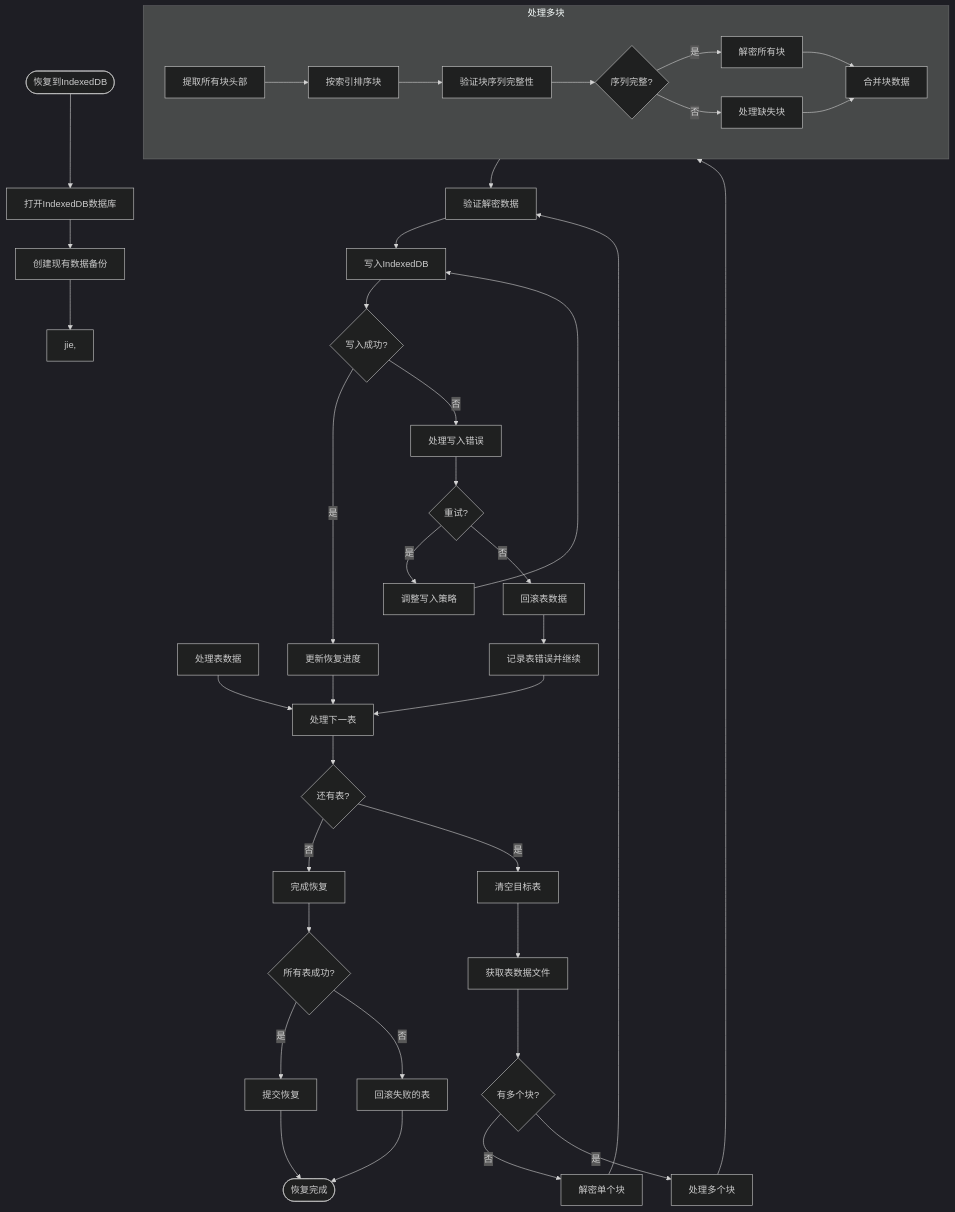
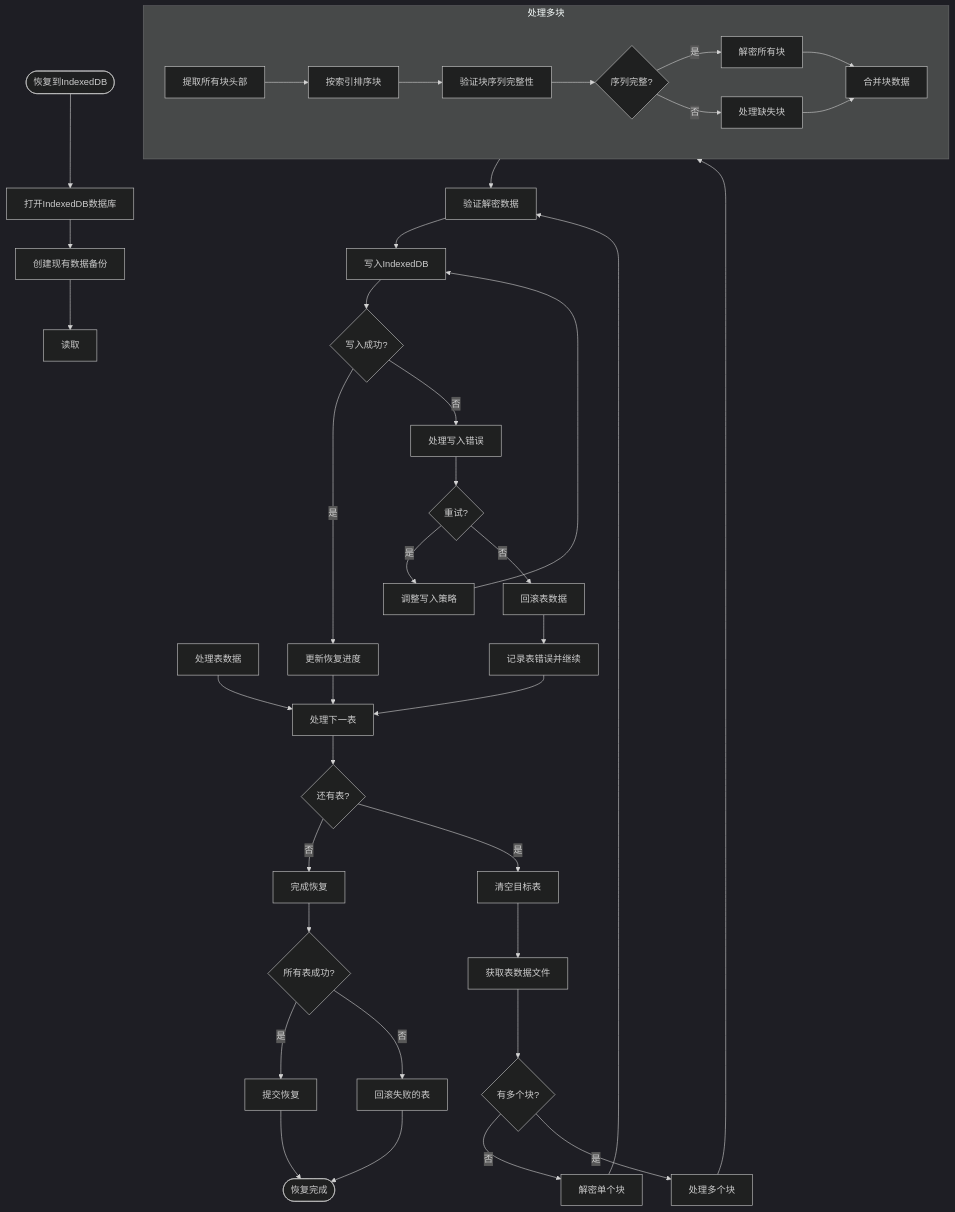
One commit to yingjianzh/iodraw-files changed the diagram in all/未命名-52.md. Above: the diagram before and after it, drawn with Mermaid (dark theme).

Commit message:
2025-05-09 18:28:15 update

````diff
--- a/all/未命名-52.md
+++ b/all/未命名-52.md
@@ -1,56 +1,56 @@
 ```mermaid
 flowchart TD
     Start([恢复到IndexedDB]) --> OpenDB[打开IndexedDB数据库]
     OpenDB --> CreateBackup[创建现有数据备份]
-    CreateBackup --> ProcessCanvas[jie,]
+    CreateBackup --> ProcessCanvas[读取]
     ProcessTables[处理表数据]
     
     ProcessTables --> ProcessNextTable[处理下一表]
     ProcessNextTable --> MoreTables{还有表?}
     MoreTables -->|否| FinalizeRestore[完成恢复]
     MoreTables -->|是| ClearTable[清空目标表]
     
     ClearTable --> GetTableData[获取表数据文件]
     GetTableData --> TableHasMultipleBlocks{有多个块?}
     
     TableHasMultipleBlocks -->|否| DecryptSingleBlock[解密单个块]
     TableHasMultipleBlocks -->|是| ProcessMultipleBlocks[处理多个块]
     
     subgraph MultiBlockProcess [处理多块]
         MB1[提取所有块头部] --> MB2[按索引排序块]
         MB2 --> MB3[验证块序列完整性]
         MB3 --> MB4{序列完整?}
         MB4 -->|否| MB5[处理缺失块]
         MB4 -->|是| MB6[解密所有块]
         MB6 --> MB7[合并块数据]
         MB5 --> MB7
     end
     
     ProcessMultipleBlocks --> MultiBlockProcess
     
     DecryptSingleBlock --> ValidateData[验证解密数据]
     MultiBlockProcess --> ValidateData
     
     ValidateData --> WriteToIndexedDB[写入IndexedDB]
     WriteToIndexedDB --> ValidationSuccess{写入成功?}
     
     ValidationSuccess -->|是| UpdateProgress[更新恢复进度]
     ValidationSuccess -->|否| HandleWriteError[处理写入错误]
     
     HandleWriteError --> RetryWrite{重试?}
     RetryWrite -->|是| AdjustWriteStrategy[调整写入策略]
     RetryWrite -->|否| RollbackTable[回滚表数据]
     
     AdjustWriteStrategy --> WriteToIndexedDB
     RollbackTable --> LogTableError[记录表错误并继续]
     
     UpdateProgress --> ProcessNextTable
     LogTableError --> ProcessNextTable
     
     FinalizeRestore --> AllTablesSuccess{所有表成功?}
     AllTablesSuccess -->|是| CommitRestore[提交恢复]
     AllTablesSuccess -->|否| RollbackFailed[回滚失败的表]
     
     CommitRestore --> End([恢复完成])
     RollbackFailed --> End
 ```
````
